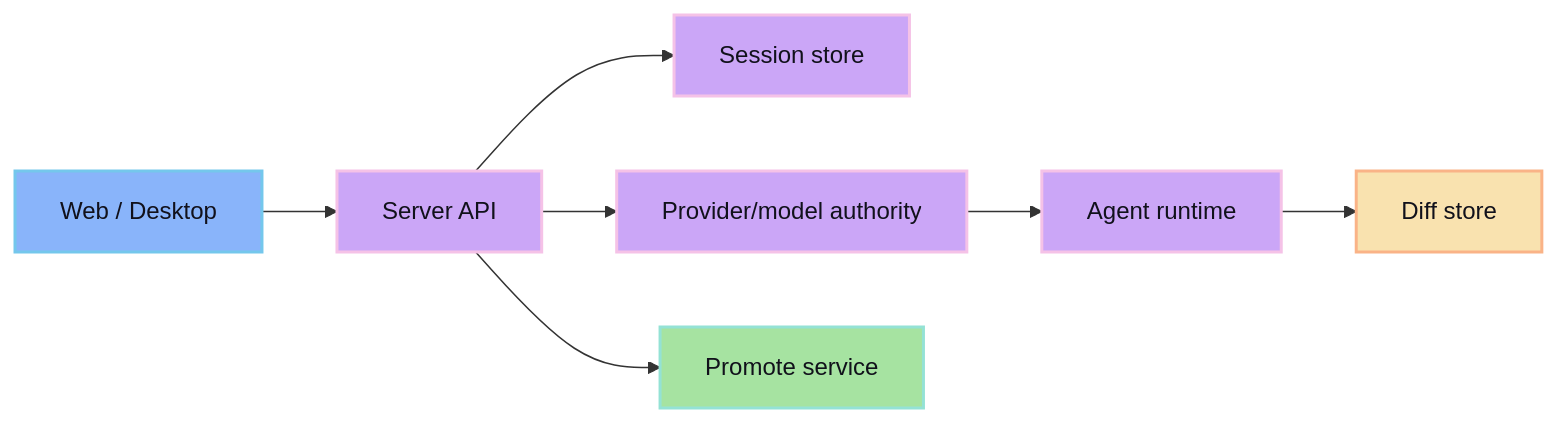
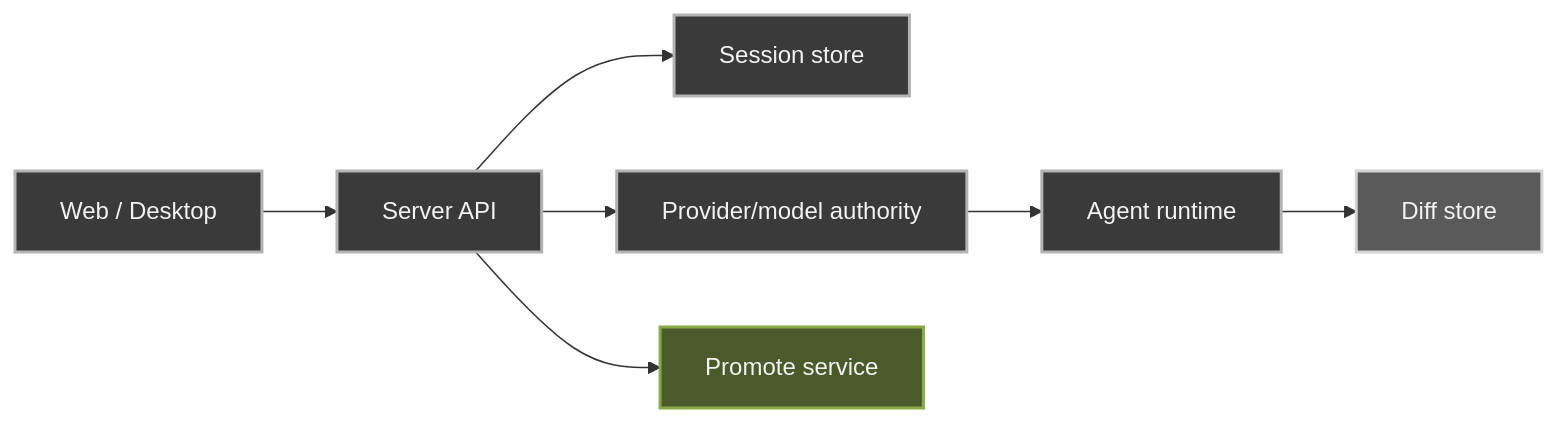
Before and after one commit to cloudboy-jh/glib-code-docs: the diagram in src/content/docs/surfaces/server.md, drawn with Mermaid. The commit also changed 15 other files, not shown here.

````diff
--- a/src/content/docs/surfaces/server.md
+++ b/src/content/docs/surfaces/server.md
@@ -16,19 +16,19 @@
 ```mermaid
 flowchart LR
   Client["Web / Desktop"] --> API["Server API"]
   API --> Sessions["Session store"]
   API --> Providers["Provider/model authority"]
   Providers --> Agent["Agent runtime"]
   Agent --> Diff["Diff store"]
   API --> Promote["Promote service"]
 
-  classDef client fill:#89b4fa,stroke:#74c7ec,color:#11111b,stroke-width:2px
-  classDef server fill:#cba6f7,stroke:#f5c2e7,color:#11111b,stroke-width:2px
-  classDef review fill:#f9e2af,stroke:#fab387,color:#11111b,stroke-width:2px
-  classDef safe fill:#a6e3a1,stroke:#94e2d5,color:#11111b,stroke-width:2px
+  classDef client fill:#3a3a3a,stroke:#b3b3b3,color:#f2f2f2,stroke-width:2px
+  classDef server fill:#3a3a3a,stroke:#b3b3b3,color:#f2f2f2,stroke-width:2px
+  classDef review fill:#5a5a5a,stroke:#d4d4d4,color:#f2f2f2,stroke-width:2px
+  classDef safe fill:#4a5a2a,stroke:#8aaa4a,color:#f2f2f2,stroke-width:2px
 
   class Client client
   class API,Sessions,Providers,Agent server
   class Diff review
   class Promote safe
 ```
````
